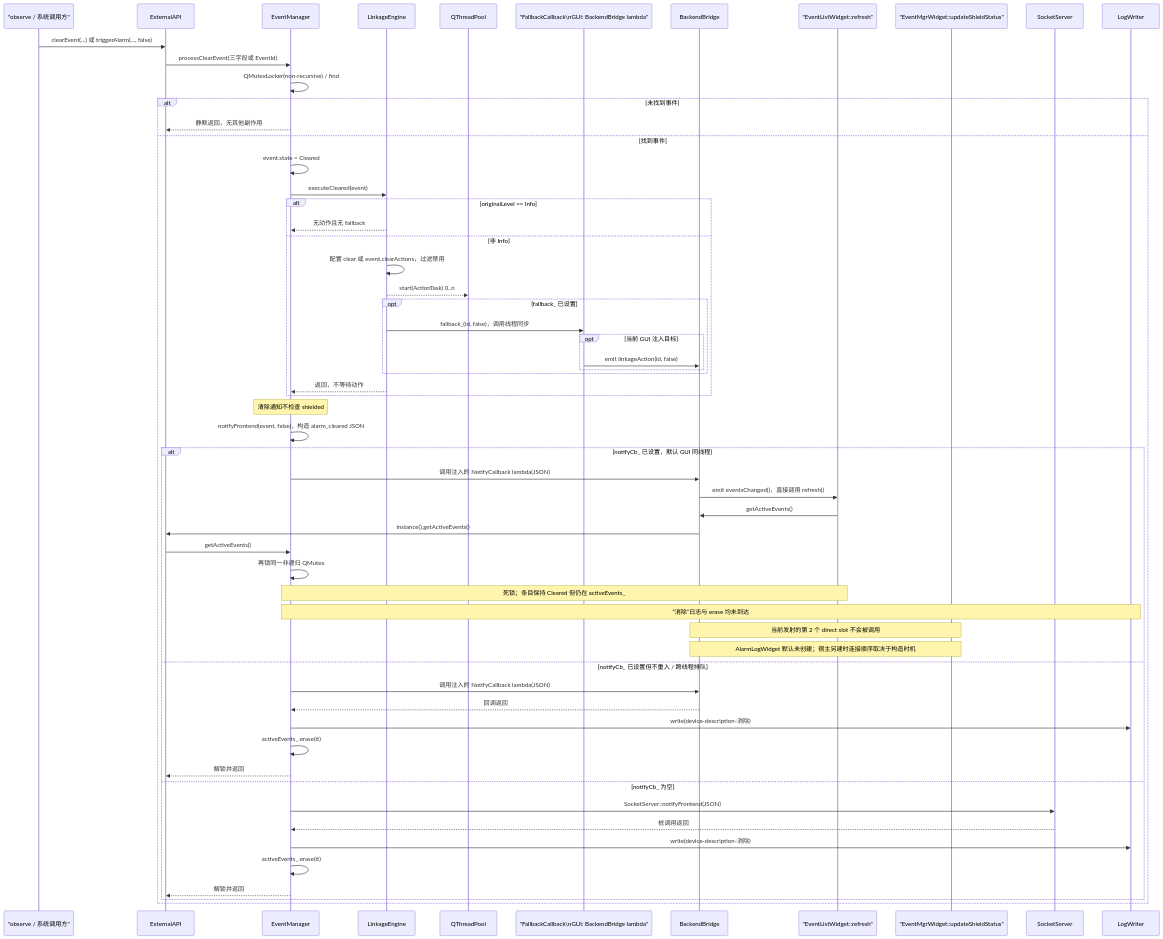
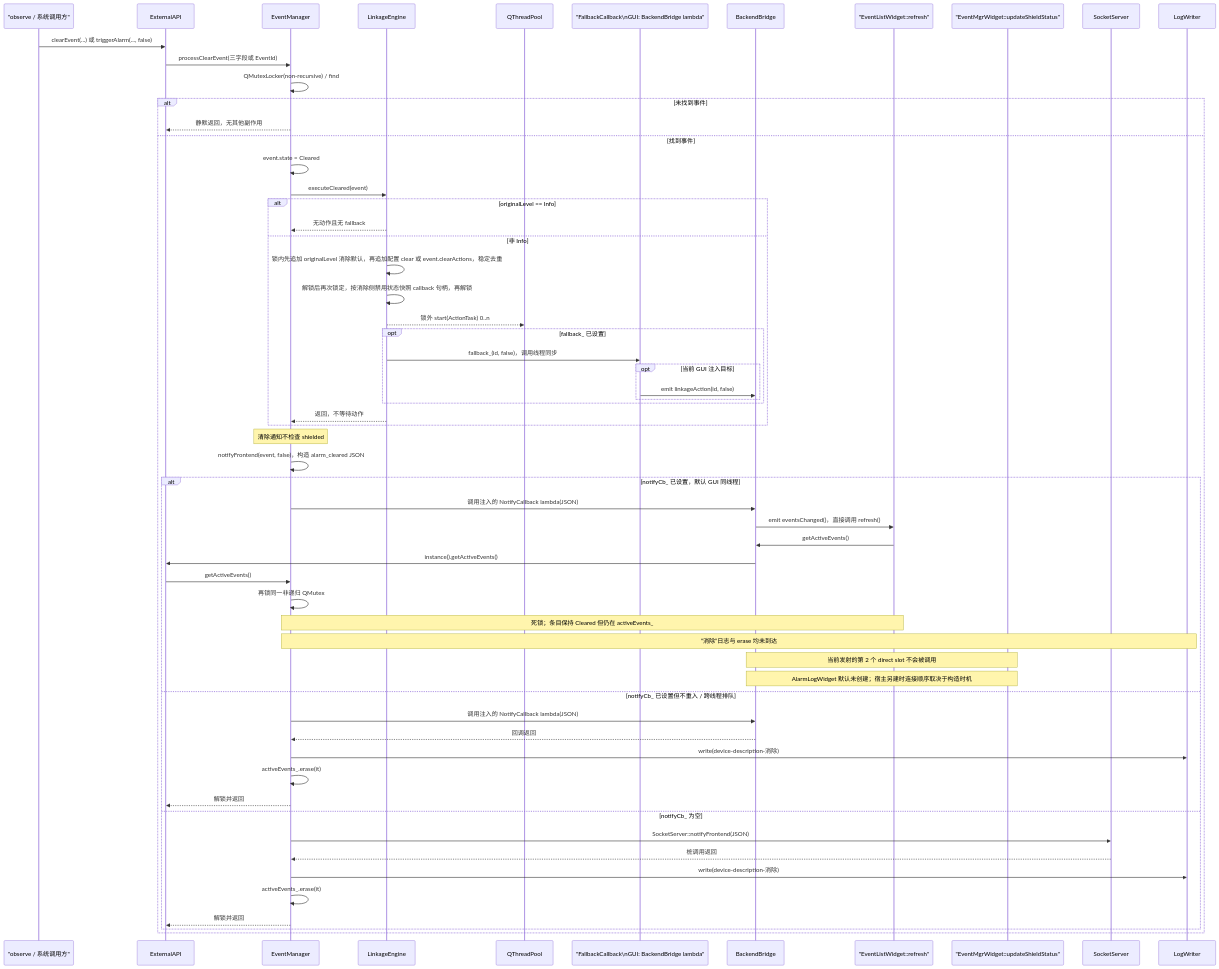
Before and after one commit to ff-fishcodes/EventMgr: the eighth of 13 diagrams in docs/superpowers/specs/2026-07-21-architecture-diagrams.md, drawn with Mermaid. The commit also changed other lines of this file and 3 other files, not shown here.

````diff
--- a/docs/superpowers/specs/2026-07-21-architecture-diagrams.md
+++ b/docs/superpowers/specs/2026-07-21-architecture-diagrams.md
@@ -604,63 +604,64 @@
 ```mermaid
 sequenceDiagram
     participant Caller as "observe / 系统调用方"
     participant API as ExternalAPI
     participant EM as EventManager
     participant LE as LinkageEngine
     participant Pool as QThreadPool
     participant Fallback as "FallbackCallback\nGUI: BackendBridge lambda"
     participant Bridge as BackendBridge
     participant UI as "EventListWidget::refresh"
     participant Status as "EventMgrWidget::updateShieldStatus"
     participant Socket as SocketServer
     participant Log as LogWriter
 
     Caller->>API: clearEvent(...) 或 triggerAlarm(..., false)
     API->>EM: processClearEvent(三字段或 EventId)
     EM->>EM: QMutexLocker(non-recursive) / find
     alt 未找到事件
         EM-->>API: 静默返回，无其他副作用
     else 找到事件
         EM->>EM: event.state = Cleared
         EM->>LE: executeCleared(event)
         alt originalLevel == Info
             LE-->>EM: 无动作且无 fallback
         else 非 Info
-            LE->>LE: 配置 clear 或 event.clearActions，过滤禁用
-            LE-->>Pool: start(ActionTask) 0..n
+            LE->>LE: 锁内先追加 originalLevel 消除默认，再追加配置 clear 或 event.clearActions，稳定去重
+            LE->>LE: 解锁后再次锁定，按消除侧禁用状态快照 callback 句柄，再解锁
+            LE-->>Pool: 锁外 start(ActionTask) 0..n
             opt fallback_ 已设置
                 LE->>Fallback: fallback_(id, false)，调用线程同步
                 opt 当前 GUI 注入目标
                     Fallback->>Bridge: emit linkageAction(id, false)
                 end
             end
             LE-->>EM: 返回，不等待动作
         end
         Note over EM: 清除通知不检查 shielded
         EM->>EM: notifyFrontend(event, false)，构造 alarm_cleared JSON
         alt notifyCb_ 已设置，默认 GUI 同线程
             EM->>Bridge: 调用注入的 NotifyCallback lambda(JSON)
             Bridge->>UI: emit eventsChanged()，直接调用 refresh()
             UI->>Bridge: getActiveEvents()
             Bridge->>API: instance().getActiveEvents()
             API->>EM: getActiveEvents()
             EM->>EM: 再锁同一非递归 QMutex
             Note over EM,UI: 死锁；条目保持 Cleared 但仍在 activeEvents_
             Note over EM,Log: “消除”日志与 erase 均未到达
             Note over Bridge,Status: 当前发射的第 2 个 direct slot 不会被调用
             Note over Bridge,Status: AlarmLogWidget 默认未创建；宿主另建时连接顺序取决于构造时机
         else notifyCb_ 已设置但不重入 / 跨线程排队
             EM->>Bridge: 调用注入的 NotifyCallback lambda(JSON)
             Bridge-->>EM: 回调返回
             EM->>Log: write(device-description-消除)
             EM->>EM: activeEvents_.erase(it)
             EM-->>API: 解锁并返回
         else notifyCb_ 为空
             EM->>Socket: SocketServer::notifyFrontend(JSON)
             Socket-->>EM: 桩调用返回
             EM->>Log: write(device-description-消除)
             EM->>EM: activeEvents_.erase(it)
             EM-->>API: 解锁并返回
         end
     end
 ```
````
